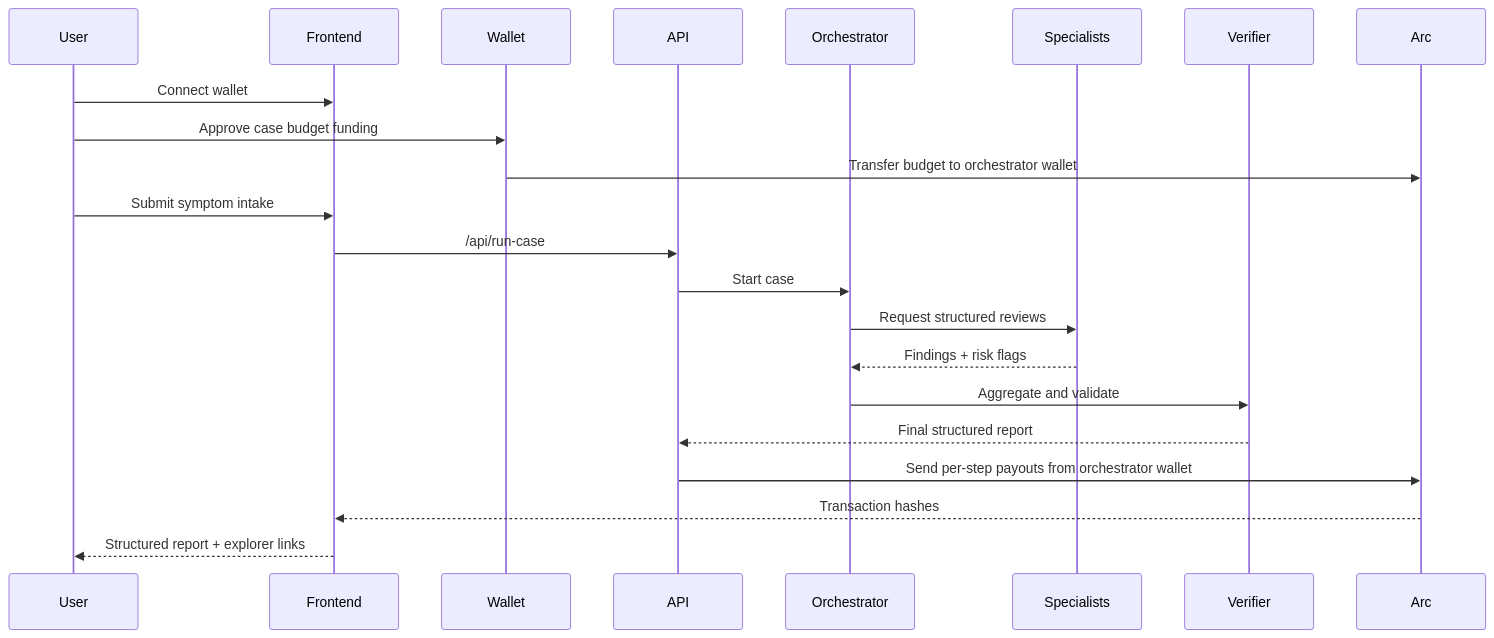
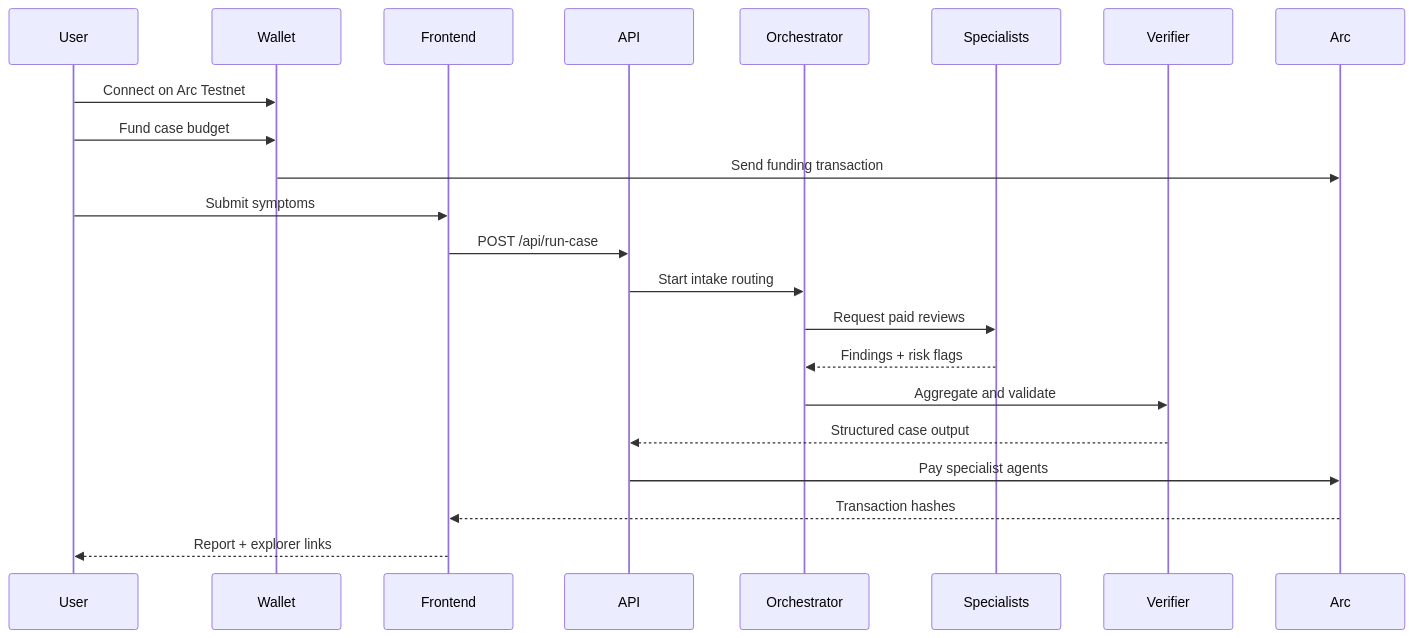
One commit to NikhilRaikwar/CareRoute changed the second of 2 diagrams in README.md. Above: the diagram before and after it, drawn with Mermaid. The commit also changed other lines of this file and 2 other files, not shown here.

````diff
--- a/README.md
+++ b/README.md
@@ -60,25 +78,25 @@
 ```mermaid
 sequenceDiagram
     participant User
+    participant Wallet
     participant Frontend
-    participant Wallet
     participant API
     participant Orchestrator
     participant Specialists
     participant Verifier
     participant Arc
 
-    User->>Frontend: Connect wallet
-    User->>Wallet: Approve case budget funding
-    Wallet->>Arc: Transfer budget to orchestrator wallet
-    User->>Frontend: Submit symptom intake
-    Frontend->>API: /api/run-case
-    API->>Orchestrator: Start case
-    Orchestrator->>Specialists: Request structured reviews
+    User->>Wallet: Connect on Arc Testnet
+    User->>Wallet: Fund case budget
+    Wallet->>Arc: Send funding transaction
+    User->>Frontend: Submit symptoms
+    Frontend->>API: POST /api/run-case
+    API->>Orchestrator: Start intake routing
+    Orchestrator->>Specialists: Request paid reviews
     Specialists-->>Orchestrator: Findings + risk flags
     Orchestrator->>Verifier: Aggregate and validate
-    Verifier-->>API: Final structured report
-    API->>Arc: Send per-step payouts from orchestrator wallet
+    Verifier-->>API: Structured case output
+    API->>Arc: Pay specialist agents
     Arc-->>Frontend: Transaction hashes
-    Frontend-->>User: Structured report + explorer links
+    Frontend-->>User: Report + explorer links
 ```
````
